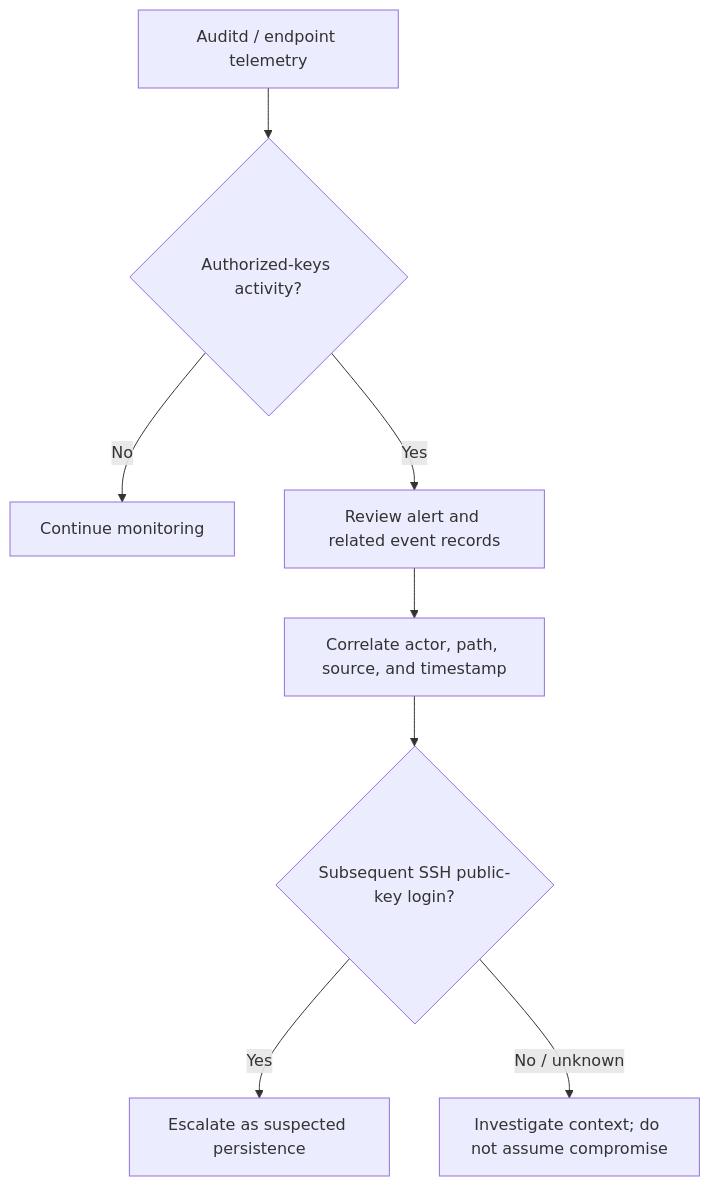
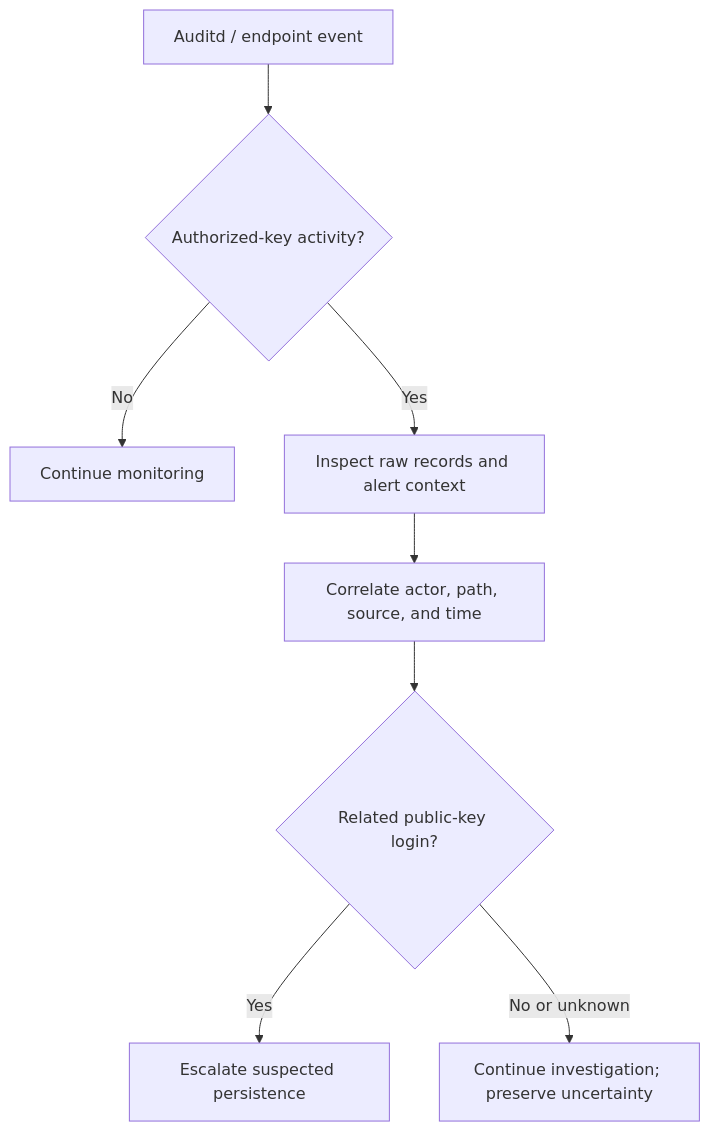
Before and after one commit to KdMenon007/CatchMe-SOC-Project-01: the sixth of 10 diagrams in README.md, drawn with Mermaid. The commit also changed other lines of this file, not shown here.

````diff
--- a/README.md
+++ b/README.md
@@ -247,10 +337,10 @@
-``` mermaid
+```mermaid
 flowchart TD
-    A["Auditd / endpoint telemetry"] --> B{"Authorized-keys activity?"}
+    A["Auditd / endpoint event"] --> B{"Authorized-key activity?"}
     B -->|No| C["Continue monitoring"]
-    B -->|Yes| D["Review alert and related event records"]
-    D --> E["Correlate actor, path, source, and timestamp"]
-    E --> F{"Subsequent SSH public-key login?"}
-    F -->|Yes| G["Escalate as suspected persistence"]
-    F -->|No / unknown| H["Investigate context; do not assume compromise"]
+    B -->|Yes| D["Inspect raw records and alert context"]
+    D --> E["Correlate actor, path, source, and time"]
+    E --> F{"Related public-key login?"}
+    F -->|Yes| G["Escalate suspected persistence"]
+    F -->|No or unknown| H["Continue investigation; preserve uncertainty"]
 ```
````
